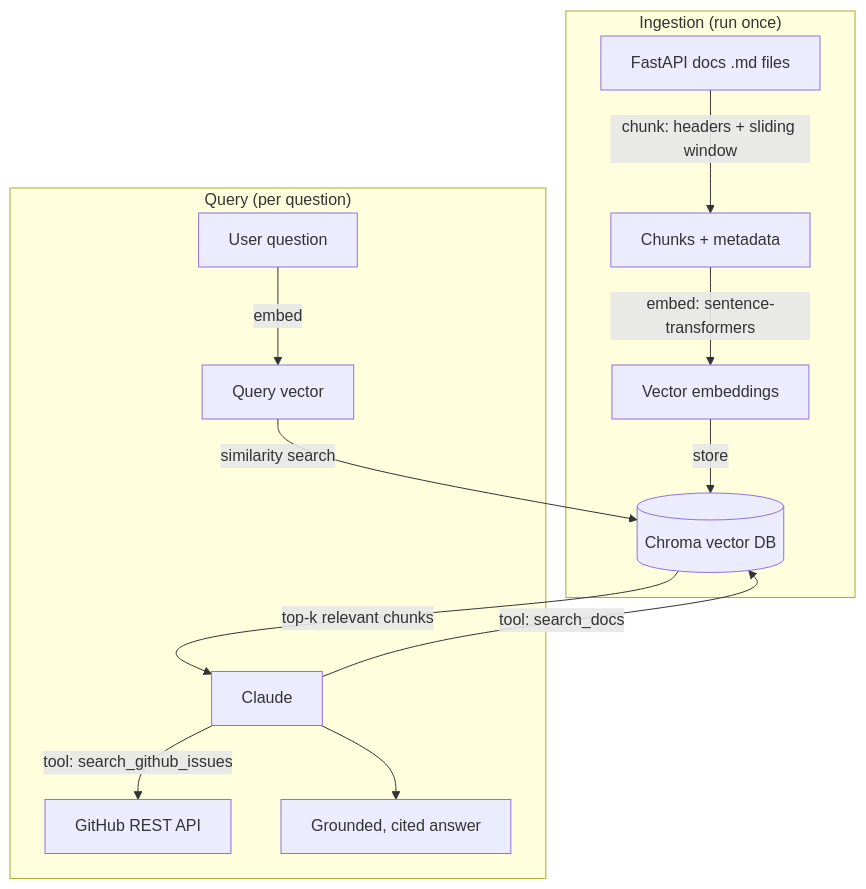
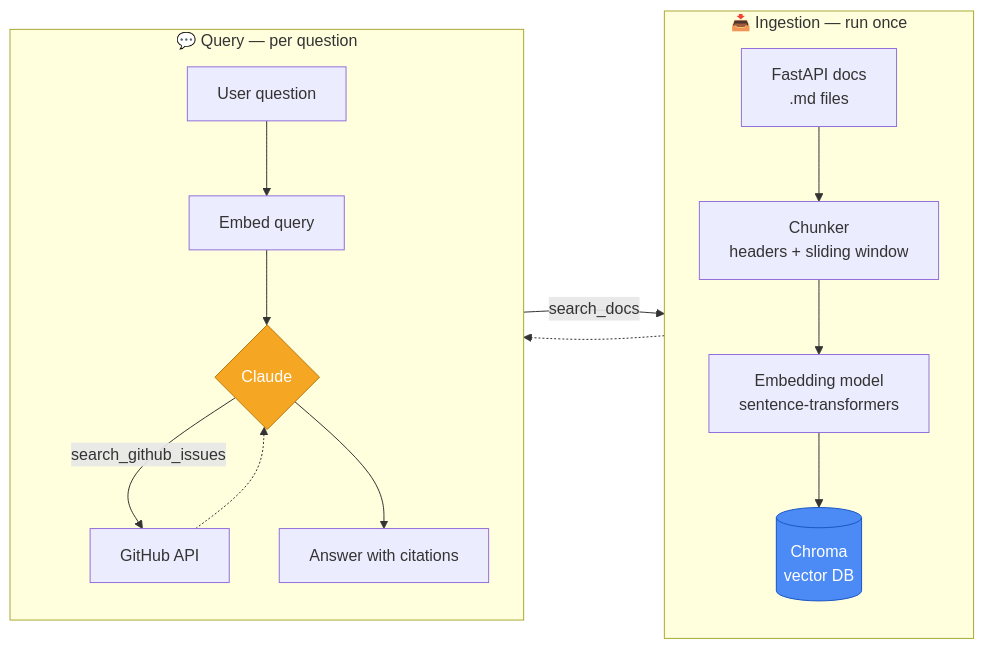
One commit to gyngwon/fastapi-docs-agent changed the diagram in README.md. Above: the diagram before and after it, drawn with Mermaid. The commit also changed other lines of this file, not shown here.

Commit message:
Enhance README with flowchart updates and formatting
Updated flowchart formatting and added emoji for clarity. Revised project structure section for better readability.

````diff
--- a/README.md
+++ b/README.md
@@ -28,17 +28,25 @@
 ```mermaid
-flowchart TD
-    subgraph Ingestion["Ingestion (run once)"]
-        A[FastAPI docs .md files] -->|chunk: headers + sliding window| B[Chunks + metadata]
-        B -->|embed: sentence-transformers| C[Vector embeddings]
-        C -->|store| D[(Chroma vector DB)]
+flowchart LR
+    subgraph Ingestion["📥 Ingestion — run once"]
+        direction TB
+        A[FastAPI docs<br/>.md files] --> B[Chunker<br/>headers + sliding window]
+        B --> C[Embedding model<br/>sentence-transformers]
+        C --> D[(Chroma<br/>vector DB)]
     end
 
-    subgraph Query["Query (per question)"]
-        E[User question] -->|embed| F[Query vector]
-        F -->|similarity search| D
-        D -->|top-k relevant chunks| G[Claude]
-        G -->|tool: search_docs| D
-        G -->|tool: search_github_issues| H[GitHub REST API]
-        G --> I[Grounded, cited answer]
+    subgraph Query["💬 Query — per question"]
+        direction TB
+        E[User question] --> F[Embed query]
+        F --> G{Claude}
+        G -->|search_docs| D
+        G -->|search_github_issues| H[GitHub API]
+        D -.-> G
+        H -.-> G
+        G --> I[Answer with citations]
     end
+
+    classDef store fill:#4c8bf5,stroke:#1a56c4,color:#fff
+    classDef brain fill:#f5a623,stroke:#b9770e,color:#fff
+    class D store
+    class G brain
 ```
````
